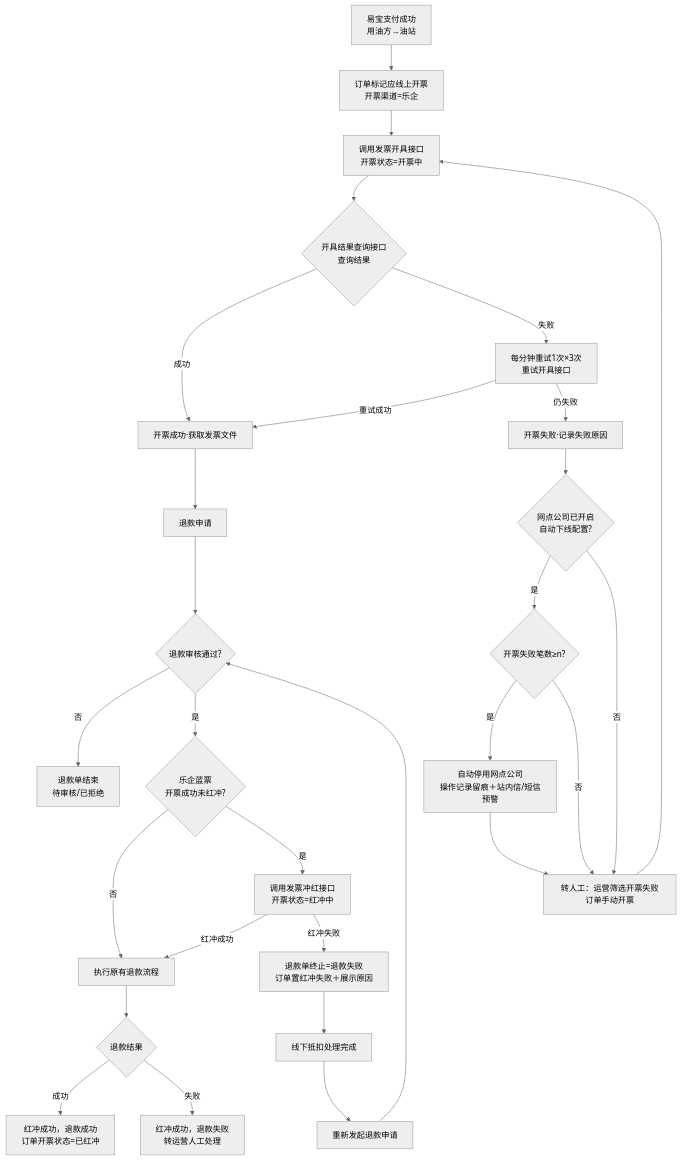
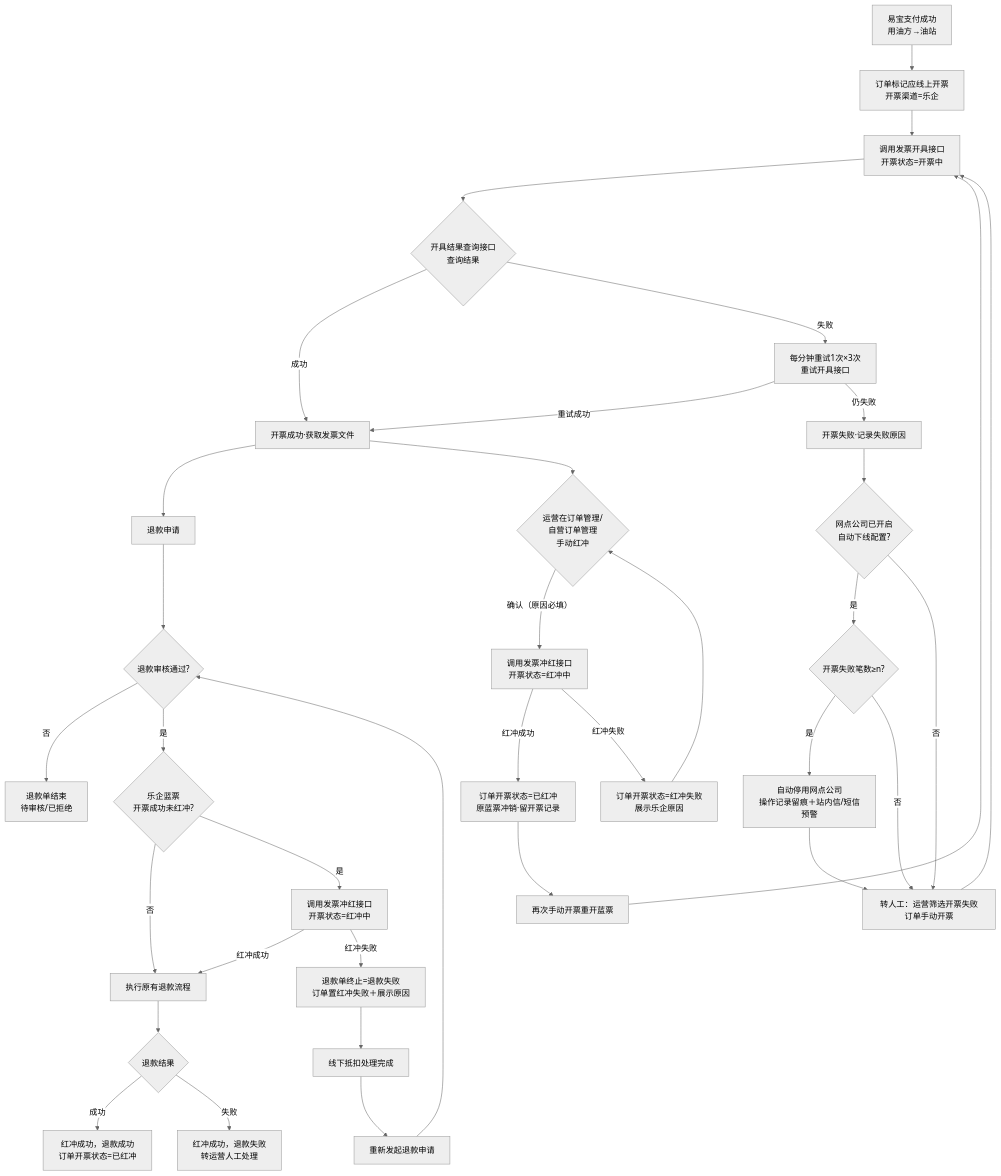
Before and after one commit to Zsmboom/matching-order-prototype: the diagram in docs/prd/flow.mmd, drawn with Mermaid (neutral theme). The commit also changed 7 other files, not shown here.

First line of the commit message:
Add manual red-invoice with re-invoice flow; cascade site offline from company

```diff
--- a/docs/prd/flow.mmd
+++ b/docs/prd/flow.mmd
@@ -1,29 +1,37 @@
 flowchart TD
     S[易宝支付成功<br/>用油方→油站] --> M[订单标记应线上开票<br/>开票渠道=乐企]
     M --> I5[调用发票开具接口<br/>开票状态=开票中]
     I5 --> Q{开具结果查询接口<br/>查询结果}
     Q -- 成功 --> OK[开票成功·获取发票文件]
     Q -- 失败 --> R[每分钟重试1次×3次<br/>重试开具接口]
     R -- 重试成功 --> OK
     R -- 仍失败 --> F[开票失败·记录失败原因]
     F --> CFG{网点公司已开启<br/>自动下线配置?}
     CFG -- 是 --> N{开票失败笔数≥n?}
     N -- 是 --> OFF[自动停用网点公司<br/>操作记录留痕＋站内信/短信预警]
     N -- 否 --> P[转人工：运营筛选开票失败订单手动开票]
     CFG -- 否 --> P
     P --> I5
     OFF --> P
     OK --> WA[退款申请]
     WA --> AUD{退款审核通过?}
     AUD -- 否 --> W[退款单结束<br/>待审核/已拒绝]
     AUD -- 是 --> RED{乐企蓝票<br/>开票成功未红冲?}
     RED -- 否 --> REF[执行原有退款流程]
     RED -- 是 --> S7[调用发票冲红接口<br/>开票状态=红冲中]
     S7 -- 红冲成功 --> REF
     REF --> RS{退款结果}
     RS -- 成功 --> D1[红冲成功，退款成功<br/>订单开票状态=已红冲]
     RS -- 失败 --> D2[红冲成功，退款失败<br/>转运营人工处理]
     S7 -- 红冲失败 --> D3[退款单终止=退款失败<br/>订单置红冲失败＋展示原因]
     D3 --> G[线下抵扣处理完成]
+    OK --> MR{运营在订单管理/<br/>自营订单管理<br/>手动红冲}
+    MR -- 确认（原因必填） --> S8[调用发票冲红接口<br/>开票状态=红冲中]
+    S8 -- 红冲成功 --> DH[订单开票状态=已红冲<br/>原蓝票冲销·留开票记录]
+    S8 -- 红冲失败 --> DF[订单开票状态=红冲失败<br/>展示乐企原因]
+    DF --> MR
+    DH --> MI[再次手动开票重开蓝票]
+    MI --> I5
+
     G --> RE[重新发起退款申请]
     RE --> AUD
```
